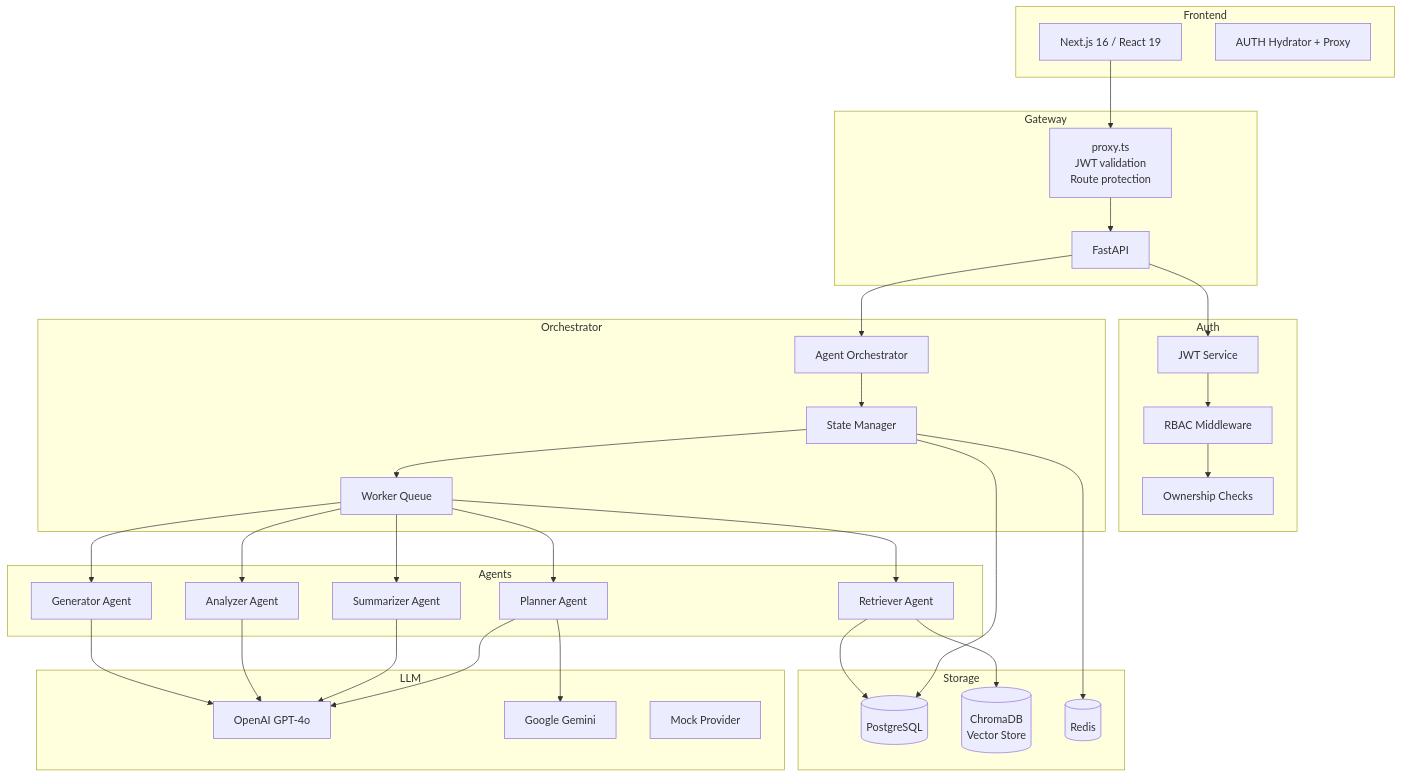
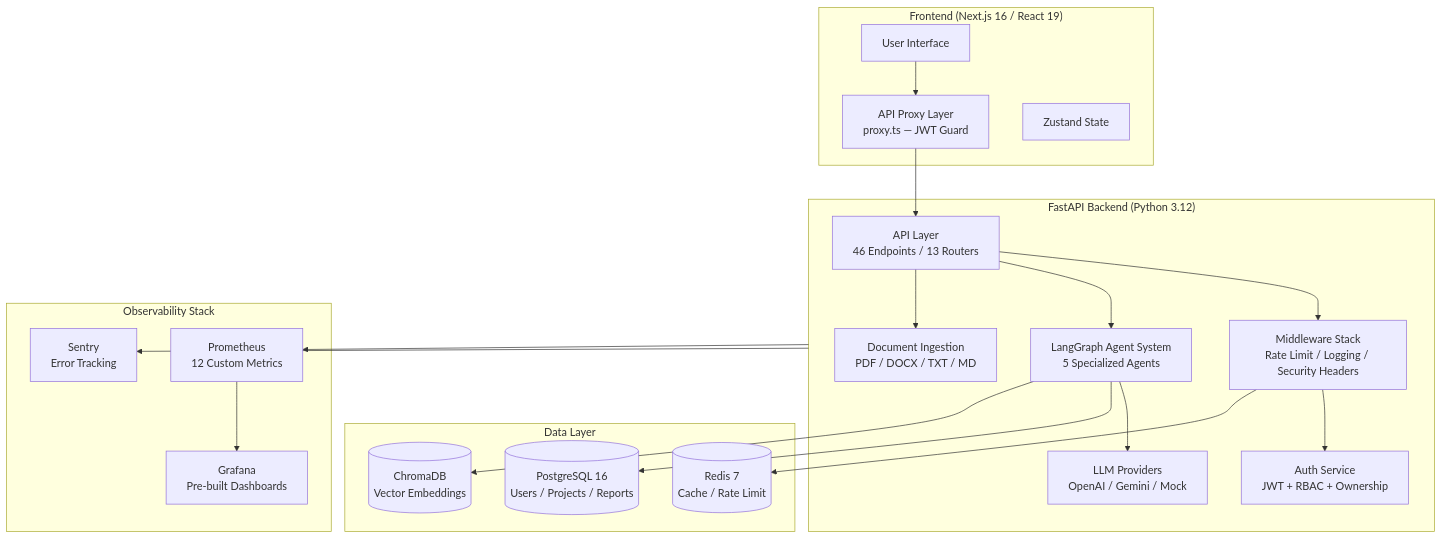
One commit to Poulabi8137/AARA changed the first of 2 diagrams in README.md. Above: the diagram before and after it, drawn with Mermaid. The commit also changed other lines of this file and 162 other files, not shown here.

````diff
--- a/README.md
+++ b/README.md
@@ -56,67 +64,43 @@
 ```mermaid
 graph TB
-    subgraph Frontend
-        UI[Next.js 16 / React 19]
-        AUTH[AUTH Hydrator + Proxy]
+    subgraph Frontend["Frontend (Next.js 16 / React 19)"]
+        UI[User Interface]
+        Proxy[API Proxy Layer<br/>proxy.ts — JWT Guard]
+        Store[Zustand State]
     end
 
-    subgraph Gateway
-        P[proxy.ts<br/>JWT validation<br/>Route protection]
-        API[FastAPI]
+    subgraph Backend["FastAPI Backend (Python 3.12)"]
+        API[API Layer<br/>46 Endpoints / 13 Routers]
+        Auth[Auth Service<br/>JWT + RBAC + Ownership]
+        MW[Middleware Stack<br/>Rate Limit / Logging / Security Headers]
+        Agents[LangGraph Agent System<br/>5 Specialized Agents]
+        Ingestion[Document Ingestion<br/>PDF / DOCX / TXT / MD]
+        LLM[LLM Providers<br/>OpenAI / Gemini / Mock]
     end
 
-    subgraph Auth
-        JWT[JWT Service]
-        RBAC[RBAC Middleware]
-        O[Ownership Checks]
+    subgraph Storage["Data Layer"]
+        PG[(PostgreSQL 16<br/>Users / Projects / Reports)]
+        CB[(ChromaDB<br/>Vector Embeddings)]
+        RD[(Redis 7<br/>Cache / Rate Limit)]
     end
 
-    subgraph Orchestrator
-        AG[Agent Orchestrator]
-        SM[State Manager]
-        WQ[Worker Queue]
+    subgraph Monitoring["Observability Stack"]
+        PM[Prometheus<br/>12 Custom Metrics]
+        GF[Grafana<br/>Pre-built Dashboards]
+        SN[Sentry<br/>Error Tracking]
     end
 
-    subgraph Agents
-        PL[Planner Agent]
-        RE[Retriever Agent]
-        SU[Summarizer Agent]
-        AN[Analyzer Agent]
-        GE[Generator Agent]
-    end
-
-    subgraph Storage
-        PG[(PostgreSQL)]
-        CH[(ChromaDB<br/>Vector Store)]
-        RD[(Redis)]
-    end
-
-    subgraph LLM
-        OG[OpenAI GPT-4o]
-        GM[Google Gemini]
-        MK[Mock Provider]
-    end
-
-    UI --> P
-    P --> API
-    API --> JWT
-    JWT --> RBAC
-    RBAC --> O
-    API --> AG
-    AG --> SM
-    SM --> WQ
-    WQ --> PL
-    WQ --> RE
-    WQ --> SU
-    WQ --> AN
-    WQ --> GE
-    PL --> OG
-    PL --> GM
-    RE --> CH
-    SU --> OG
-    AN --> OG
-    GE --> OG
-    SM --> PG
-    SM --> RD
-    RE --> PG
+    UI --> Proxy
+    Proxy --> API
+    API --> MW
+    MW --> Auth
+    API --> Agents
+    API --> Ingestion
+    Agents --> LLM
+    Agents --> PG
+    Agents --> CB
+    MW --> RD
+    Backend --> PM
+    PM --> GF
+    Backend --> SN
 ```
````
